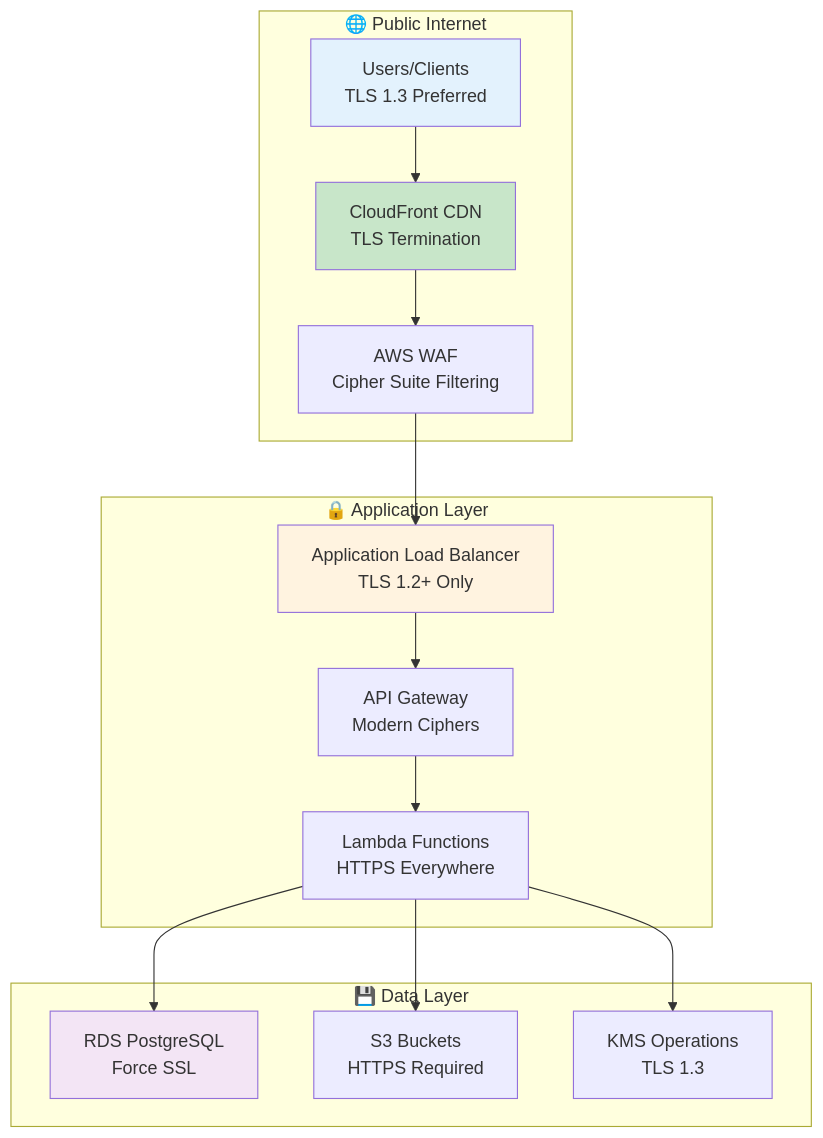
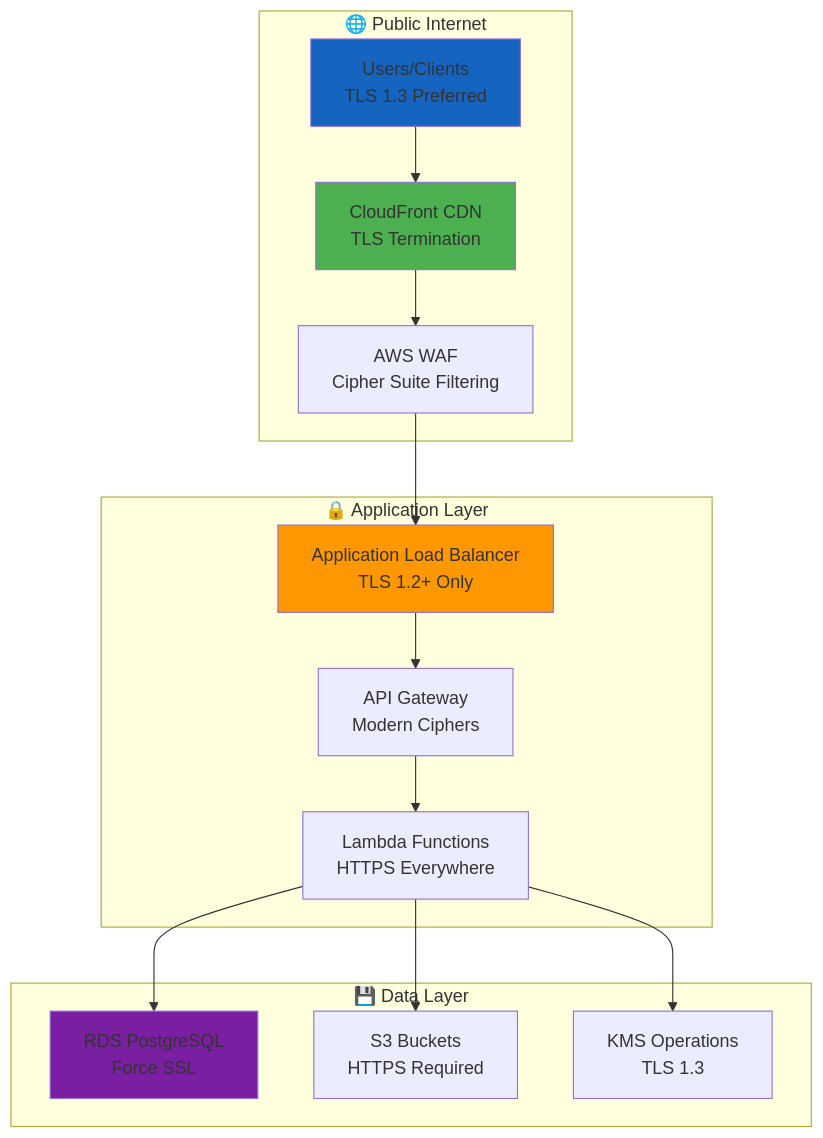
The fourth of 6 diagrams in Cryptography_Policy.md (Hack23/ISMS-PUBLIC), drawn with Mermaid before and after one commit. The commit also changed other lines of this file and 35 other files, not shown here.

````diff
--- a/Cryptography_Policy.md
+++ b/Cryptography_Policy.md
@@ -210,36 +210,36 @@
 ```mermaid
 flowchart TB
     subgraph "🌐 Public Internet"
         USERS[Users/Clients<br/>TLS 1.3 Preferred]
         CDN[CloudFront CDN<br/>TLS Termination]
         WAF[AWS WAF<br/>Cipher Suite Filtering]
     end
     
     subgraph "🔒 Application Layer"
         ALB[Application Load Balancer<br/>TLS 1.2+ Only]
         API[API Gateway<br/>Modern Ciphers]
         LAMBDA[Lambda Functions<br/>HTTPS Everywhere]
     end
     
     subgraph "💾 Data Layer"
         RDS[RDS PostgreSQL<br/>Force SSL]
         S3[S3 Buckets<br/>HTTPS Required]
         KMS[KMS Operations<br/>TLS 1.3]
     end
     
     USERS --> CDN
     CDN --> WAF
     WAF --> ALB
     
     ALB --> API
     API --> LAMBDA
     
     LAMBDA --> RDS
     LAMBDA --> S3
     LAMBDA --> KMS
     
-    style USERS fill:#e3f2fd
-    style CDN fill:#c8e6c9
-    style ALB fill:#fff3e0
-    style RDS fill:#f3e5f5
+    style USERS fill:#1565C0
+    style CDN fill:#4CAF50
+    style ALB fill:#FF9800
+    style RDS fill:#7B1FA2
 ```
````
